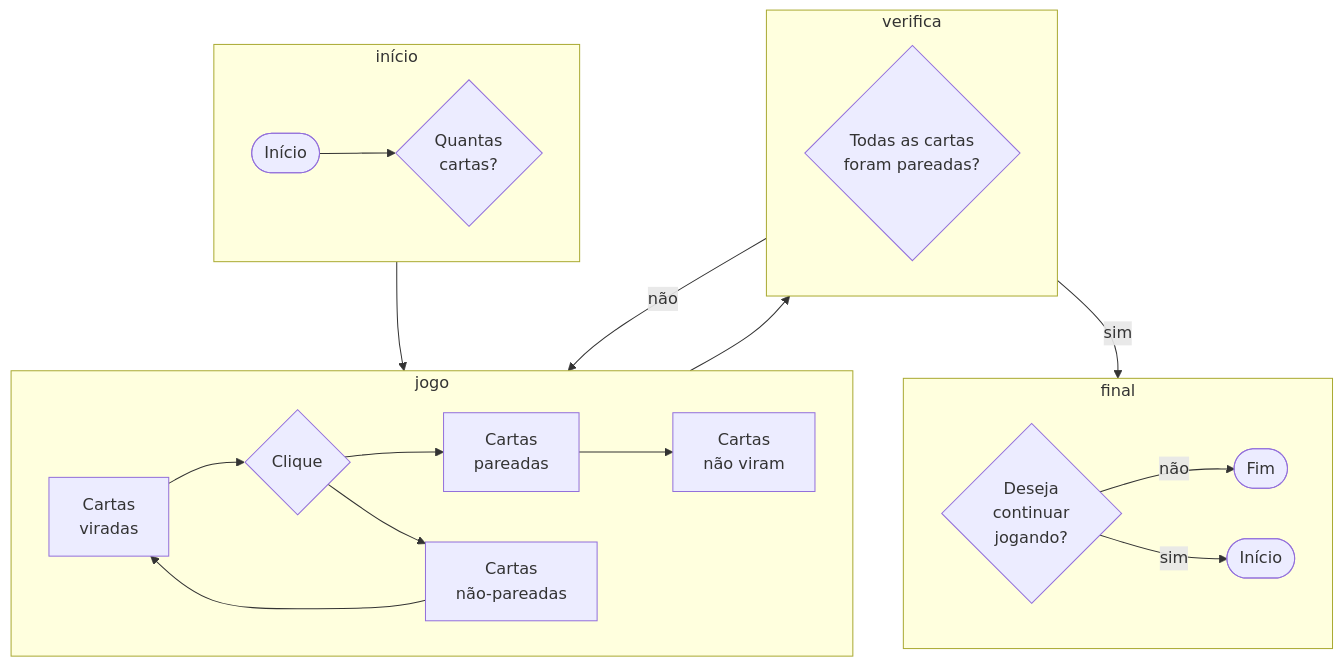
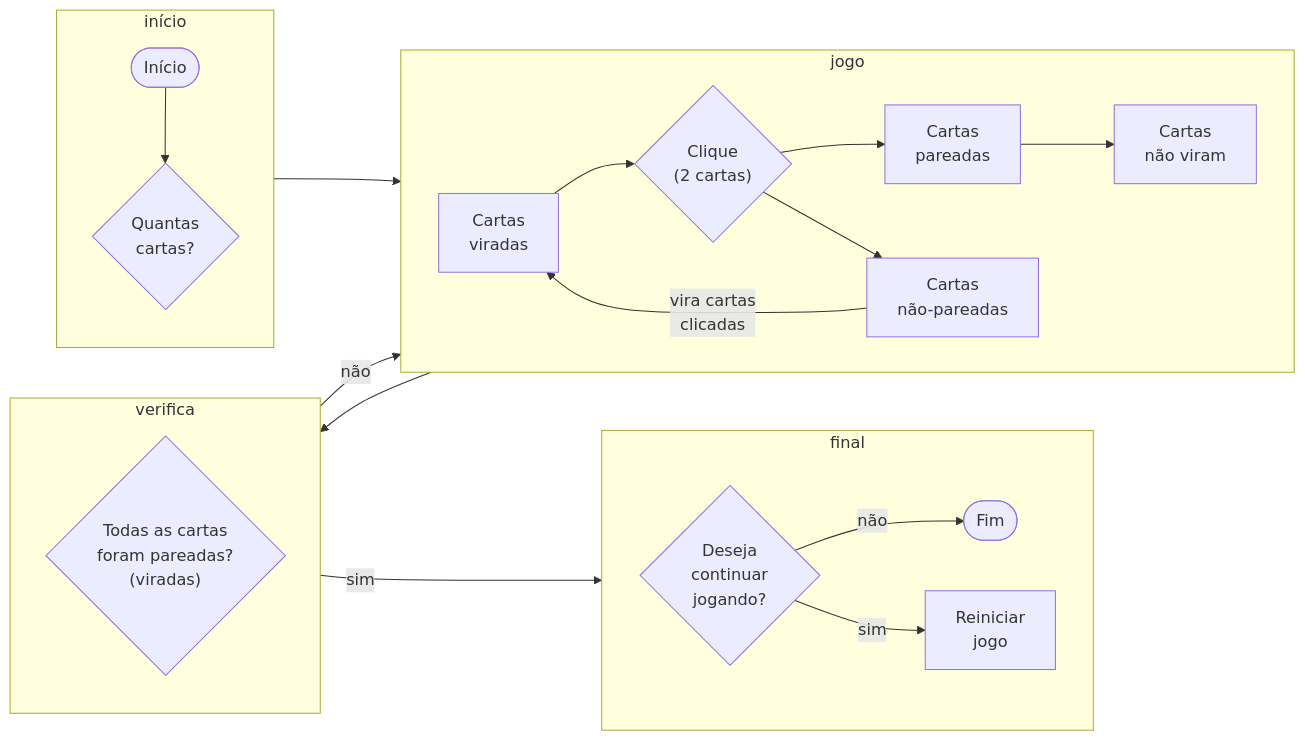
Before and after one commit to carloshnp/projeto4-parrotscardgame: the diagram in code_architecture.md, drawn with Mermaid.

````diff
--- a/code_architecture.md
+++ b/code_architecture.md
@@ -10,28 +10,28 @@
 ```mermaid
-flowchart  TB
+flowchart LR
     subgraph início
         A([Início]) --> B{Quantas \n cartas?}
     end
     subgraph jogo
         direction LR
         C[Cartas \n viradas]
-        C-->D{Clique}
+        C-->D{"Clique \n (2 cartas)"}
         D-->E[Cartas \n pareadas]
         D-->F[Cartas \n não-pareadas]
         E-->G[Cartas \n não viram]
-        F-->C
+        F-->|vira cartas \n clicadas|C
     end
     subgraph verifica
-        I{Todas as cartas \n foram pareadas?}
+        I{"Todas as cartas \n foram pareadas? \n (viradas)"}
     end
     subgraph final
         direction LR
         K{Deseja \n continuar \n jogando?}
         K-->|não|L([Fim])
-        K-->|sim|M([Início])
+        K-->|sim|M[Reiniciar \n jogo]
     end
     início-->jogo
     jogo-->verifica
     verifica-->|não|jogo
     verifica-->|sim|final
 ```
````
